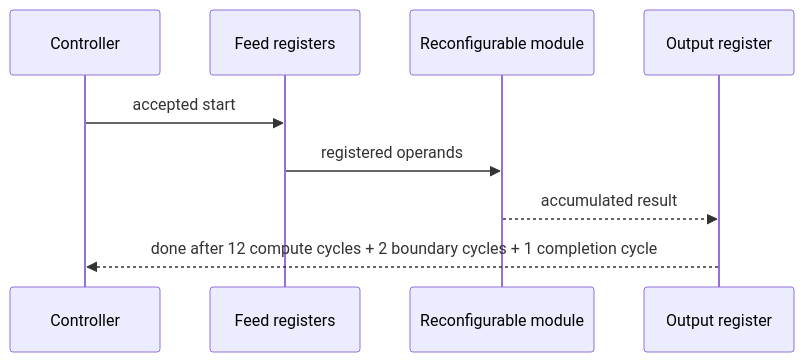
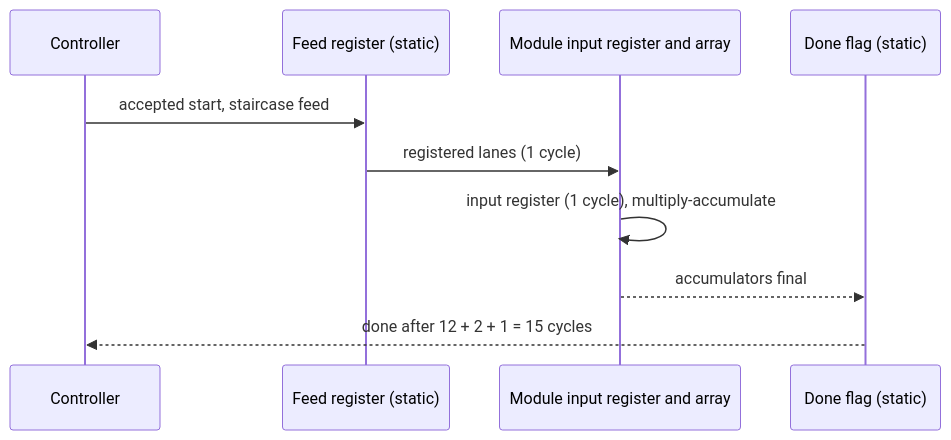
Before and after one commit to Karthik-Flash/systolic_array: the first of 2 diagrams in docs/t2/T2_Complete_Guide.md, drawn with Mermaid. The commit also changed other lines of this file and 5 other files, not shown here.

````diff
--- a/docs/t2/T2_Complete_Guide.md
+++ b/docs/t2/T2_Complete_Guide.md
@@ -343,11 +358,12 @@
 ```mermaid
 sequenceDiagram
   participant C as Controller
-  participant F as Feed registers
-  participant R as Reconfigurable module
-  participant O as Output register
-  C->>F: accepted start
-  F->>R: registered operands
-  R-->>O: accumulated result
-  O-->>C: done after 12 compute cycles + 2 boundary cycles + 1 completion cycle
+  participant F as Feed register (static)
+  participant R as Module input register and array
+  participant D as Done flag (static)
+  C->>F: accepted start, staircase feed
+  F->>R: registered lanes (1 cycle)
+  R->>R: input register (1 cycle), multiply-accumulate
+  R-->>D: accumulators final
+  D-->>C: done after 12 + 2 + 1 = 15 cycles
 ```
````
